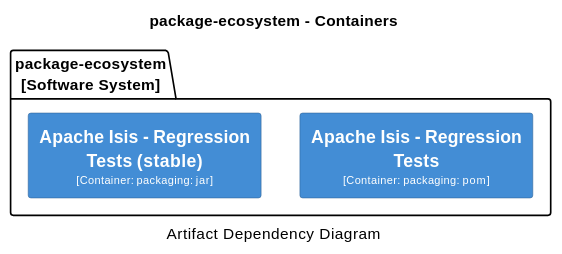
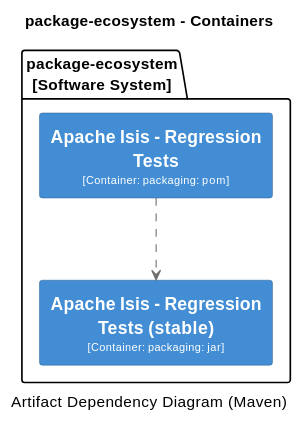
Diagram 12 of 18 in antora/components/system/modules/ROOT/pages/about.adoc (apache/causeway), drawn with PlantUML before and after one commit. The commit also changed other lines of this file and 2 other files, not shown here.

Commit message:
ISIS-2437: add relations to c4 diagrams (System Overview)

```diff
--- a/antora/components/system/modules/ROOT/pages/about.adoc
+++ b/antora/components/system/modules/ROOT/pages/about.adoc
@@ -2277,30 +2347,31 @@
 [plantuml,Regression Tests,svg]
 ----
 @startuml(id=Regression_Tests)
 title package-ecosystem - Containers
-caption Artifact Dependency Diagram
+caption Artifact Dependency Diagram (Maven)
 
 skinparam {
   shadowing false
   arrowFontSize 10
   defaultTextAlignment center
   wrapWidth 200
   maxMessageSize 100
 }
 hide stereotype
 skinparam rectangle<<2>> {
   BackgroundColor #438dd5
   FontColor #fffffe
   BorderColor #2E6295
 }
 skinparam rectangle<<3>> {
   BackgroundColor #438dd5
   FontColor #fffffe
   BorderColor #2E6295
 }
 package "package-ecosystem\n[Software System]" {
   rectangle "==Apache Isis - Regression Tests\n<size:10>[Container: packaging: pom]</size>" <<2>> as 2
   rectangle "==Apache Isis - Regression Tests (stable)\n<size:10>[Container: packaging: jar]</size>" <<3>> as 3
 }
+2 .[#707070].> 3 : ""
 @enduml
 ----
```
